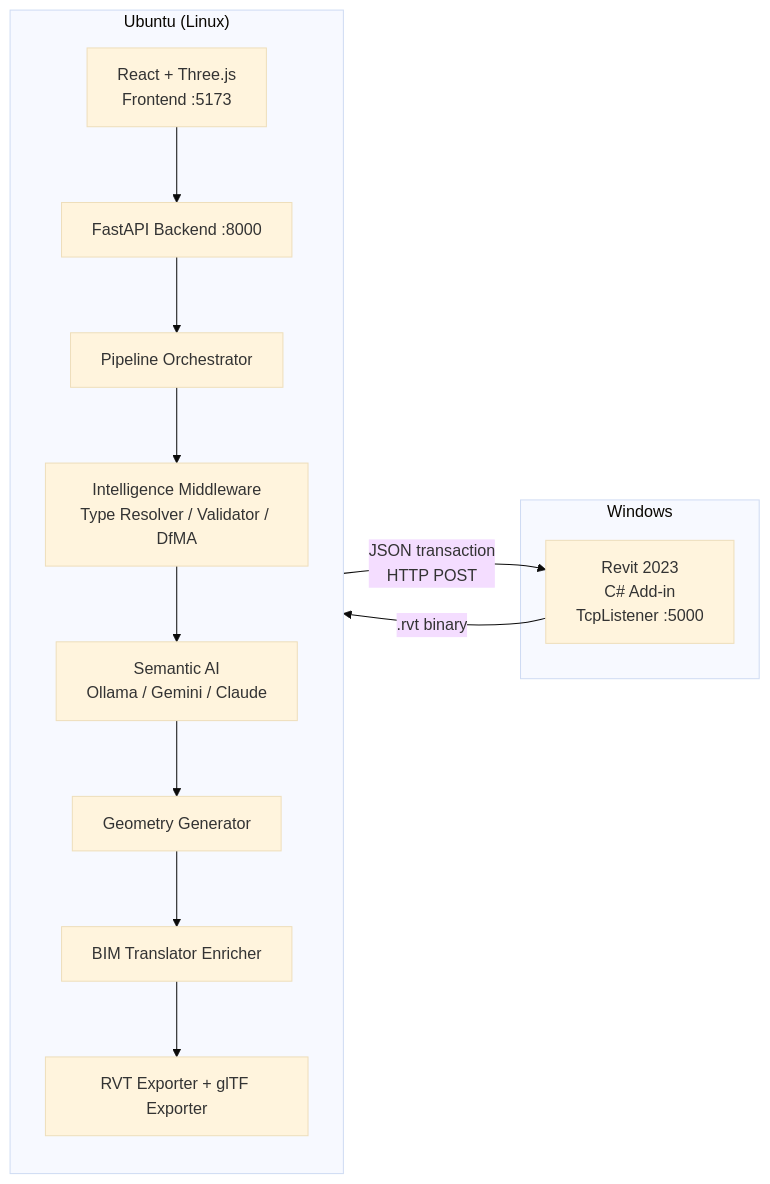
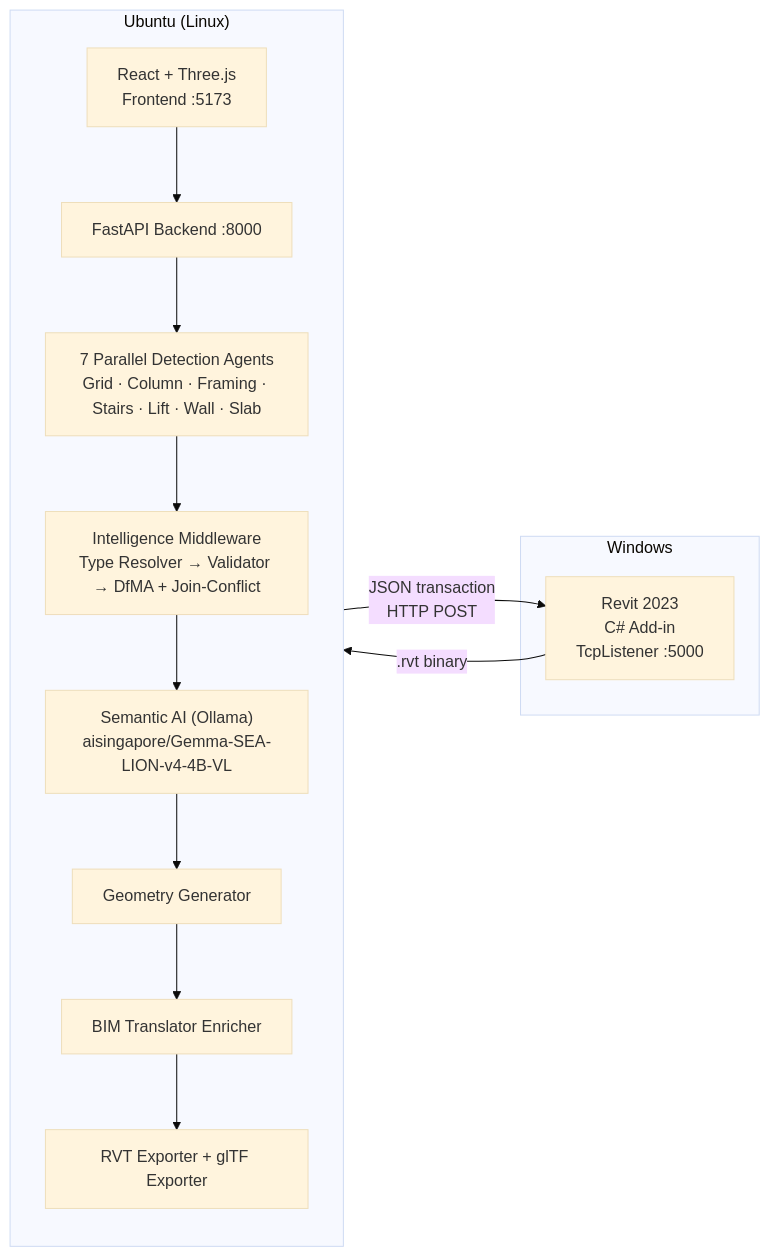
The first of 3 diagrams in DEPLOYMENT.md (josephteh97/mcc-amplify-v4), drawn with Mermaid (base theme) before and after one commit. The commit also changed other lines of this file and 7 other files, not shown here.

````diff
--- a/DEPLOYMENT.md
+++ b/DEPLOYMENT.md
@@ -24,24 +24,24 @@
 ```mermaid
 flowchart LR
     subgraph UBUNTU["Ubuntu (Linux)"]
         direction TB
         FE["React + Three.js\nFrontend :5173"]
         API["FastAPI Backend :8000"]
-        PIPE["Pipeline Orchestrator"]
-        INT["Intelligence Middleware\nType Resolver / Validator / DfMA"]
-        SEM["Semantic AI\nOllama / Gemini / Claude"]
+        AGENTS["7 Parallel Detection Agents\nGrid · Column · Framing · Stairs · Lift · Wall · Slab"]
+        INT["Intelligence Middleware\nType Resolver → Validator → DfMA + Join-Conflict"]
+        SEM["Semantic AI (Ollama)\naisingapore/Gemma-SEA-LION-v4-4B-VL"]
         GEO["Geometry Generator"]
         BTE["BIM Translator Enricher"]
         EXP["RVT Exporter + glTF Exporter"]
 
-        FE --> API --> PIPE
-        PIPE --> INT --> SEM --> GEO --> BTE --> EXP
+        FE --> API --> AGENTS
+        AGENTS --> INT --> SEM --> GEO --> BTE --> EXP
     end
 
     subgraph WIN["Windows"]
         REVIT["Revit 2023\nC# Add-in\nTcpListener :5000"]
     end
 
     EXP -->|"JSON transaction\nHTTP POST"| REVIT
     REVIT -->|".rvt binary"| EXP
 ```
````
